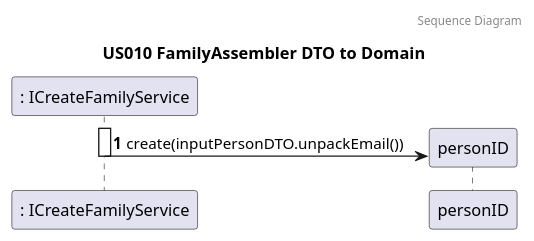
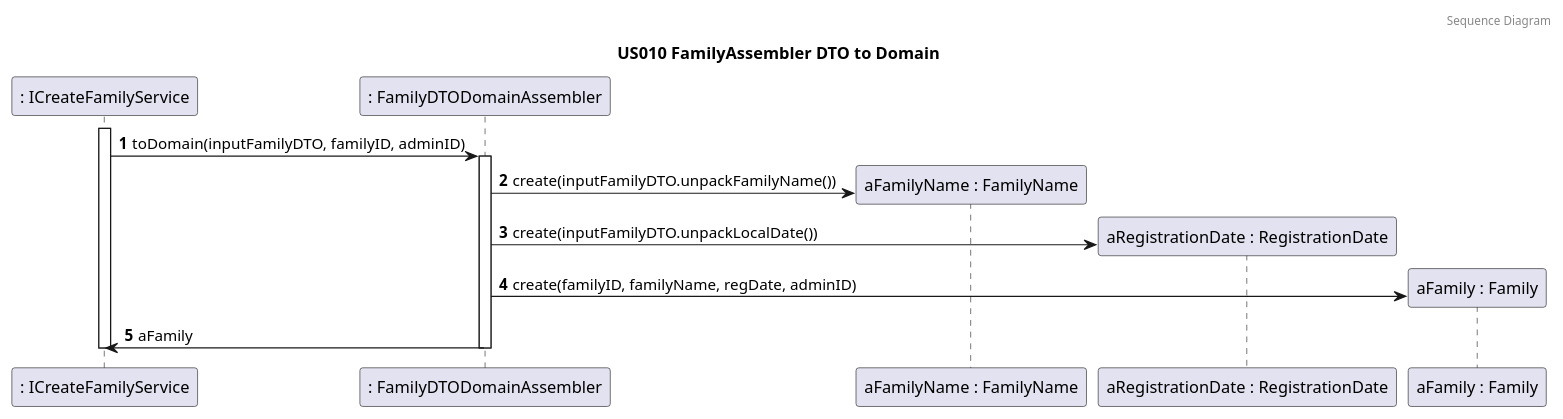
One commit to tomas-osswald/switch_2020_g3 changed the fourth of 7 diagrams in docs/sprint4/user_stories/US010_CreateAFamilyAndSetAdministrator.md. Above: the diagram before and after it, drawn with PlantUML. The commit also changed other lines of this file, not shown here.

Commit message:
add FamilyAssembler DTO to Domain

`````diff
--- a/docs/sprint4/user_stories/US010_CreateAFamilyAndSetAdministrator.md
+++ b/docs/sprint4/user_stories/US010_CreateAFamilyAndSetAdministrator.md
@@ -172,16 +172,25 @@
 ````puml
 @startuml
 
 autonumber
 header Sequence Diagram
 title US010 FamilyAssembler DTO to Domain
 
 participant ": ICreateFamilyService" as CreateFamService
-
+participant ": FamilyDTODomainAssembler" as assembler
+participant "aFamilyName : FamilyName" as familyName
+participant "aRegistrationDate : RegistrationDate" as regDate
+participant "aFamily : Family" as family
 
 activate CreateFamService
-CreateFamService -> personID** : create(inputPersonDTO.unpackEmail())
+CreateFamService -> assembler : toDomain(inputFamilyDTO, familyID, adminID)
+activate assembler
+assembler -> familyName** : create(inputFamilyDTO.unpackFamilyName())
+assembler -> regDate** : create(inputFamilyDTO.unpackLocalDate())
+assembler -> family** : create(familyID, familyName, regDate, adminID)
+assembler -> CreateFamService : aFamily
+deactivate assembler
 deactivate CreateFamService
 
 @enduml
 ````
`````
